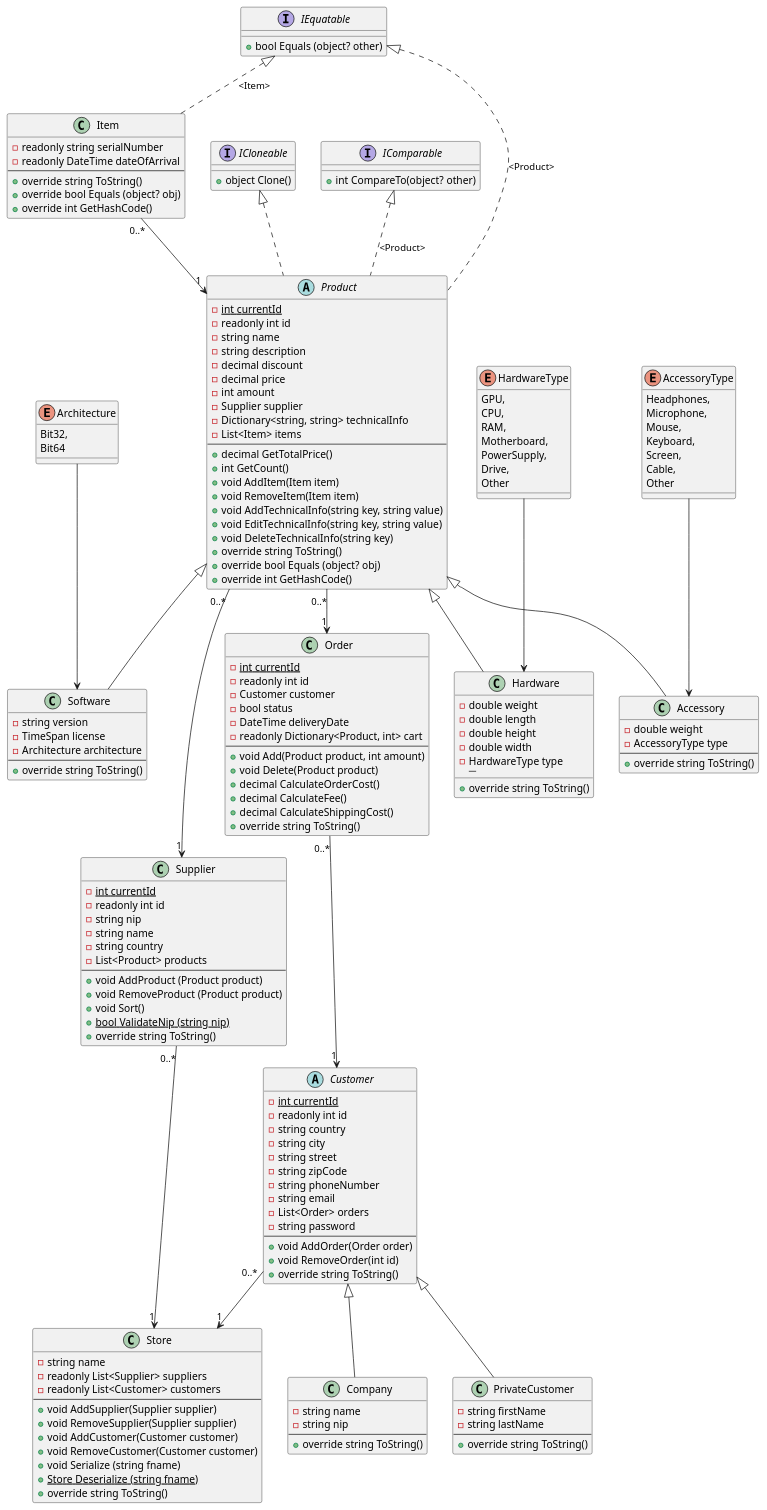
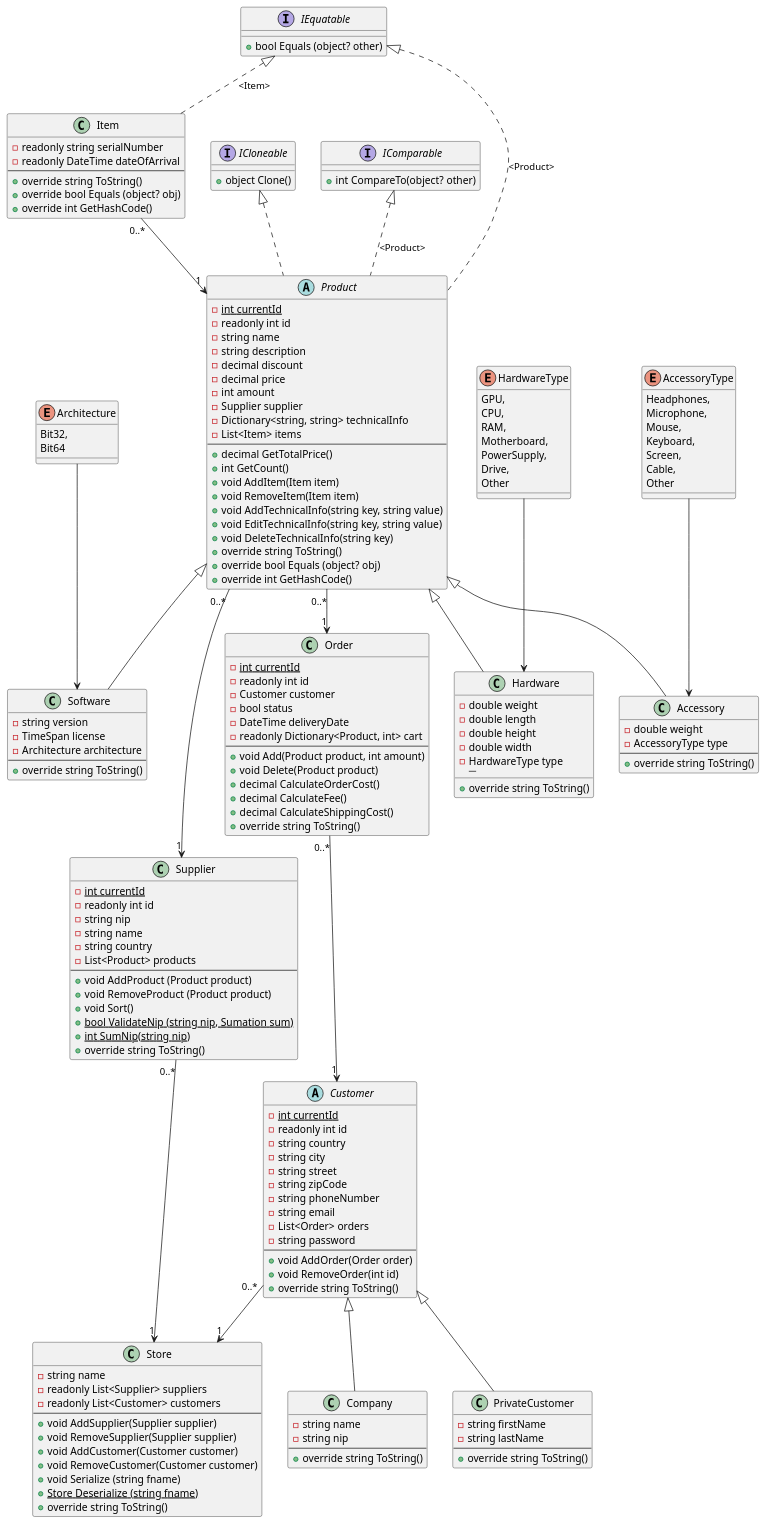
One commit to Couch-bit/Computer-Store changed the diagram in Classes/UML.wsd. Above: the diagram before and after it, drawn with PlantUML. The commit also changed 8 other files, not shown here.

```diff
--- a/Classes/UML.wsd
+++ b/Classes/UML.wsd
@@ -1,191 +1,192 @@
 @startuml Project
 class Supplier {
   -{static} int currentId
   -readonly int id
   -string nip
   -string name
   -string country
   -List<Product> products
   ----
   + void AddProduct (Product product)
   + void RemoveProduct (Product product)
   + void Sort()
-  + {static} bool ValidateNip (string nip)
+  + {static} bool ValidateNip (string nip, Sumation sum)
+  + {static} int SumNip(string nip)
   + override string ToString()
 }
 
 class Company {
   -string name
   -string nip
   ----
   + override string ToString()
 }
 
 class PrivateCustomer{
   -string firstName
   -string lastName
   ----
   + override string ToString()
 }
 
 abstract Customer {
   -{static} int currentId
   -readonly int id
   -string country
   -string city
   -string street
   -string zipCode
   -string phoneNumber
   -string email
   -List<Order> orders
   -string password
   ----
   + void AddOrder(Order order)
   + void RemoveOrder(int id)
   + override string ToString()
 }
 
 class Order {
   -{static} int currentId
   -readonly int id
   -Customer customer
   -bool status
   -DateTime deliveryDate
   -readonly Dictionary<Product, int> cart
   ----
   + void Add(Product product, int amount)
   + void Delete(Product product)
   + decimal CalculateOrderCost()
   + decimal CalculateFee()
   + decimal CalculateShippingCost()
   + override string ToString()
 }
 
 abstract Product{
   -{static} int currentId
   -readonly int id
   -string name
   -string description
   -decimal discount
   -decimal price
   -int amount
   -Supplier supplier
   -Dictionary<string, string> technicalInfo
   -List<Item> items
   ----
   + decimal GetTotalPrice()
   + int GetCount()
   + void AddItem(Item item)
   + void RemoveItem(Item item)
   + void AddTechnicalInfo(string key, string value)
   + void EditTechnicalInfo(string key, string value)
   + void DeleteTechnicalInfo(string key)
   + override string ToString()
   + override bool Equals (object? obj)
   + override int GetHashCode()
 }
 
 class Item{
   - readonly string serialNumber
   - readonly DateTime dateOfArrival
   ----
   + override string ToString()
   + override bool Equals (object? obj)
   + override int GetHashCode()
 }
 
 class Store{
   - string name
   - readonly List<Supplier> suppliers
   - readonly List<Customer> customers
   ----
   + void AddSupplier(Supplier supplier)
   + void RemoveSupplier(Supplier supplier)
   + void AddCustomer(Customer customer)
   + void RemoveCustomer(Customer customer)
   + void Serialize (string fname)
   + {static} Store Deserialize (string fname)
   + override string ToString()
 }
 
 enum HardwareType{
   GPU,
   CPU,
   RAM,
   Motherboard,
   PowerSupply,
   Drive,
   Other
 }
 
 enum AccessoryType{
   Headphones,
   Microphone,
   Mouse,
   Keyboard,
   Screen,
   Cable,
   Other
 }
 
 enum Architecture{
   Bit32,
   Bit64
 }
 
 class Hardware{
   -double weight
   -double length
   -double height
   -double width
   -HardwareType type
   ---- 
   + override string ToString()
 }
 
 class Software{
   -string version
   -TimeSpan license
   -Architecture architecture
   ----
   + override string ToString()
 }
 
 class Accessory{
   -double weight
   -AccessoryType type
   ----
   + override string ToString()
 }
 
 interface ICloneable{
   + object Clone()
 }
 
 interface IComparable{
   + int CompareTo(object? other)
 }
 
 interface IEquatable{
   + bool Equals (object? other)
 }
 
 IEquatable <|-[dashed]- Item : "<Item>"
 IComparable <|-[dashed]- Product : "<Product>"
 IEquatable <|-[dashed]- Product : "<Product>"
 abstract Product implements ICloneable
 HardwareType --> Hardware
 AccessoryType --> Accessory
 Architecture --> Software
 Product <|-- Accessory
 Product <|-- Software
 Product <|-- Hardware
 Customer	<|-- Company
 Customer	<|-- PrivateCustomer
 Supplier "0..*" --> "1" Store
 Customer "0..*" --> "1" Store
 Product "0..*" --> "1" Order
 Product "0..*" --> "1" Supplier
 Order "0..*" --> "1" Customer
 Item "0..*" --> "1" Product
 @enduml
```
